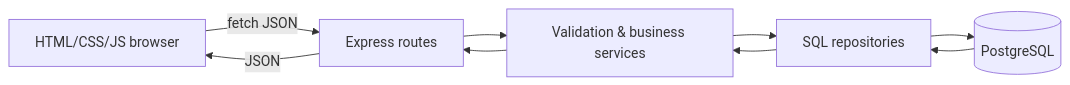
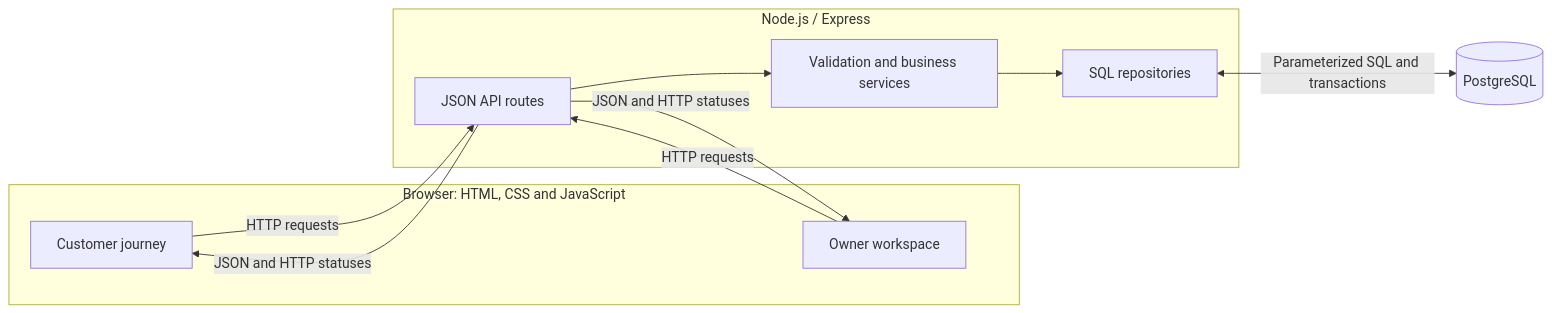
The first of 2 diagrams in docs/system.md (Frannaaa/slotdrop-gc2), drawn with Mermaid before and after one commit. The commit also changed other lines of this file, not shown here.

Commit message:
Explain transactional booking, privacy boundaries, HTTP outcomes and persistence in system architecture

````diff
--- a/docs/system.md
+++ b/docs/system.md
@@ -5,11 +5,20 @@
 ```mermaid
 flowchart LR
-  Browser[HTML/CSS/JS browser] -->|fetch JSON| API[Express routes]
-  API --> Validation[Validation & business services]
-  Validation --> Repo[SQL repositories]
-  Repo --> DB[(PostgreSQL)]
-  DB --> Repo
-  Repo --> Validation
-  Validation --> API
-  API -->|JSON| Browser
+  subgraph Browser["Browser: HTML, CSS and JavaScript"]
+    Customer["Customer journey"]
+    Owner["Owner workspace"]
+  end
+  subgraph Server["Node.js / Express"]
+    API["JSON API routes"]
+    Rules["Validation and business services"]
+    Repo["SQL repositories"]
+  end
+  DB[("PostgreSQL")]
+  Customer -->|"HTTP requests"| API
+  Owner -->|"HTTP requests"| API
+  API --> Rules
+  Rules --> Repo
+  Repo <-->|"Parameterized SQL and transactions"| DB
+  API -->|"JSON and HTTP statuses"| Customer
+  API -->|"JSON and HTTP statuses"| Owner
 ```
````
